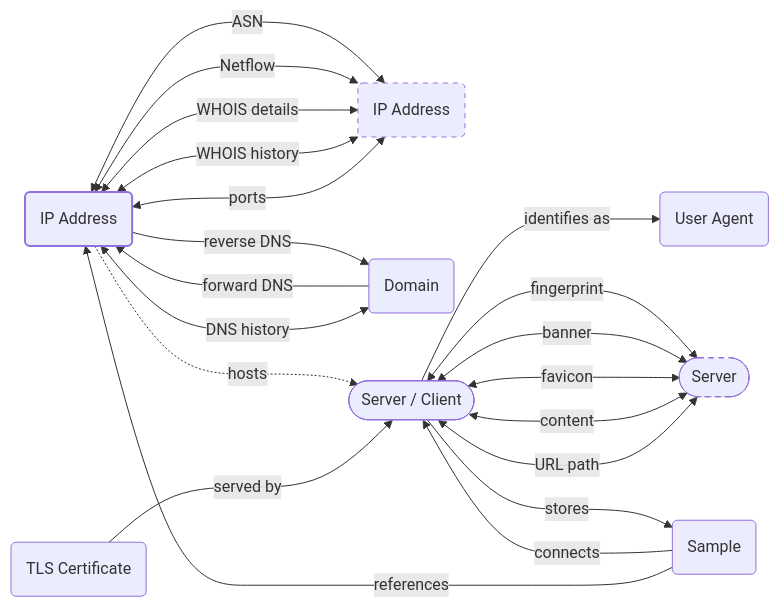
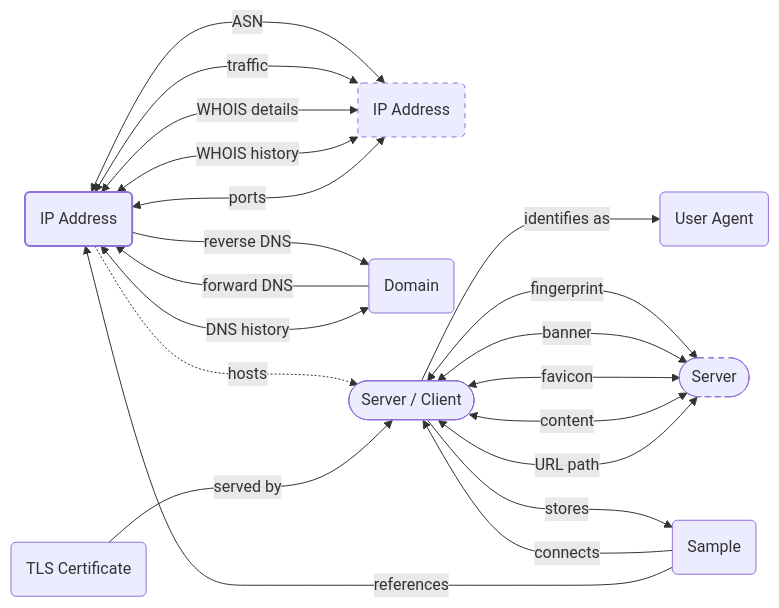
One commit to korniko98/pivot-atlas changed the diagram in docs/artifacts/ip-address.md. Above: the diagram before and after it, drawn with Mermaid. The commit also changed other lines of this file and 11 other files, not shown here.

````diff
--- a/docs/artifacts/ip-address.md
+++ b/docs/artifacts/ip-address.md
@@ -34,44 +34,44 @@
 	```mermaid
 	flowchart LR
 		classDef primary stroke-width: 2px
 		classDef secondary stroke-dasharray: 5 5
 		
 		%% define nodes
 		IP_ADDRESS(IP Address):::primary
 		IP_ADDRESS_(IP Address):::secondary
 		DOMAIN(Domain)
 		SERVER([Server / Client])
 		SERVER_([Server]):::secondary
 		SAMPLE(Sample)
 		USER_AGENT(User Agent)
 		TLS_CERT(TLS Certificate)
 		
 		%% define edges
 		SERVER -- identifies as ---> USER_AGENT
 		IP_ADDRESS <-- ASN --> IP_ADDRESS_
-		IP_ADDRESS <-- Netflow --> IP_ADDRESS_
+		IP_ADDRESS <-- traffic --> IP_ADDRESS_
 		IP_ADDRESS <-- WHOIS details ---> IP_ADDRESS_
 		IP_ADDRESS <-- WHOIS history ---> IP_ADDRESS_
 		IP_ADDRESS <-- ports --> IP_ADDRESS_
 		IP_ADDRESS -. hosts ..-> SERVER
 		TLS_CERT -- served by ---> SERVER
 		SERVER <-- fingerprint ---> SERVER_
 		SERVER <-- banner ---> SERVER_
 		SERVER <-- favicon ---> SERVER_
 		SERVER <-- content ---> SERVER_
 		SERVER <-- URL path ---> SERVER_
 		SERVER -- stores ---> SAMPLE
 		SAMPLE -- connects --> SERVER
 		SAMPLE -- references --> IP_ADDRESS
 		DOMAIN -- forward DNS --> IP_ADDRESS
 		DOMAIN <-- DNS history --> IP_ADDRESS
 		IP_ADDRESS -- reverse DNS ---> DOMAIN
 		
 		%% define links
 		click IP_ADDRESS_ "#ip-addresses"
 		click DOMAIN "#domains"
 		click SERVER "#servers"
 		click SAMPLE "#samples"
 		click USER_AGENT "#user-agents"
 		click TLS_CERT "#tls-certificates"
 	```
````
